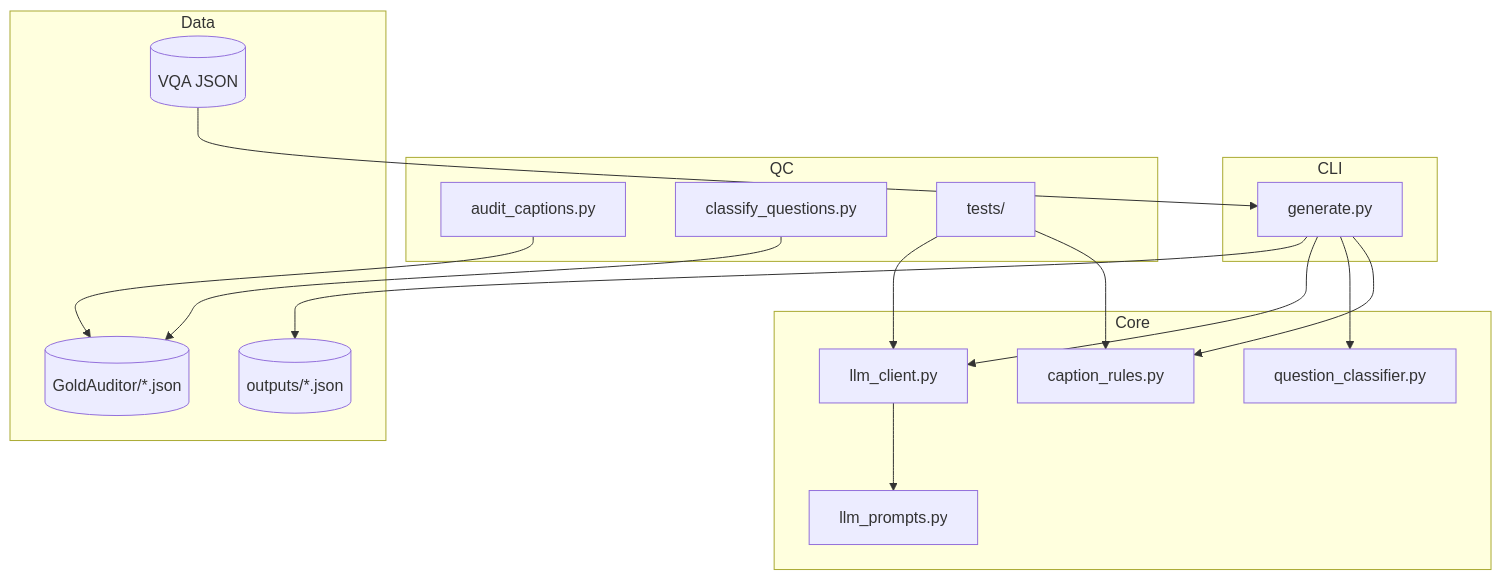
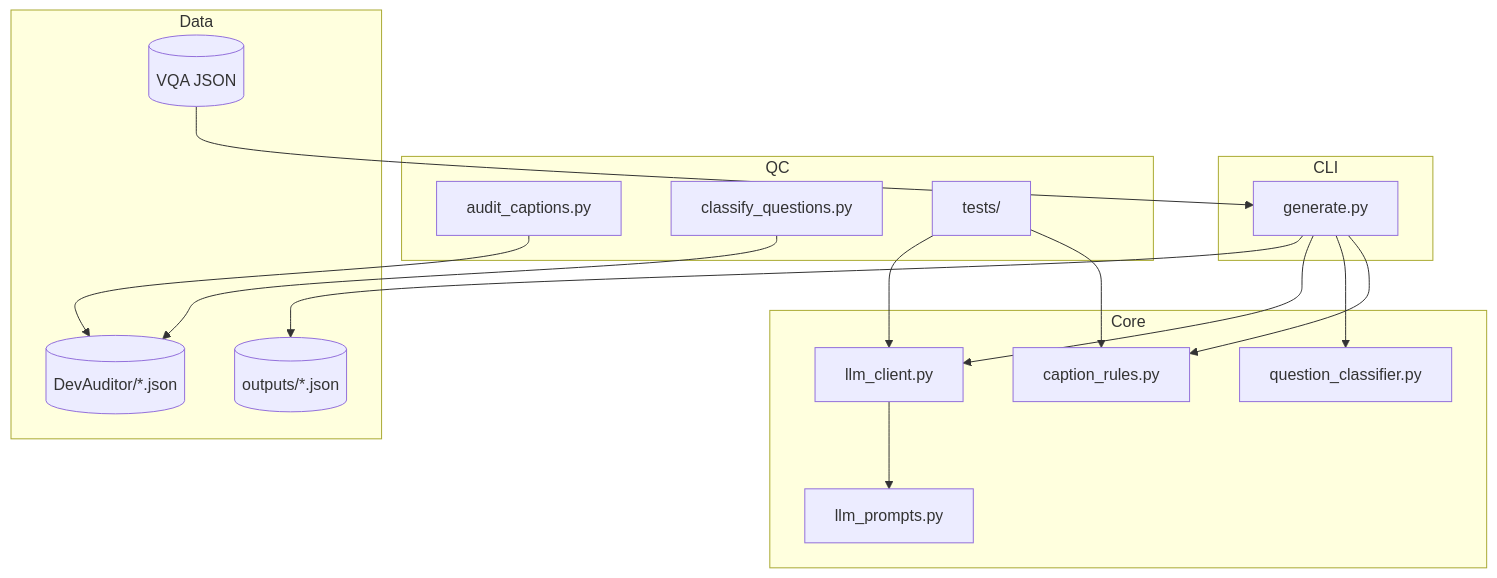
The second of 6 diagrams in QuestionDependentCaptionGenerator/architecture/architecture.en.md (MahdiRuzmeh/ImageCaptioningImprovedVisualQuestionAnswering), drawn with Mermaid before and after one commit. The commit also changed other lines of this file and 5 other files, not shown here.

Commit message:
chore: Change gold audit to dev audit.

````diff
--- a/QuestionDependentCaptionGenerator/architecture/architecture.en.md
+++ b/QuestionDependentCaptionGenerator/architecture/architecture.en.md
@@ -37,32 +37,32 @@
 ```mermaid
 flowchart TB
   subgraph cli [CLI]
     GEN[generate.py]
   end
   subgraph core [Core]
     RULES[caption_rules.py]
     PROMPT[llm_prompts.py]
     LLM[llm_client.py]
     CLS[question_classifier.py]
   end
   subgraph qc [QC]
     AUDIT[audit_captions.py]
-    CLFGOLD[classify_questions.py]
+    CLFAUD[classify_questions.py]
     TESTS[tests/]
   end
   subgraph data [Data]
     VQA[(VQA JSON)]
     OUT[(outputs/*.json)]
-    GOLD[(GoldAuditor/*.json)]
+    DEVAUD[(DevAuditor/*.json)]
   end
   VQA --> GEN
   GEN --> RULES
   GEN --> CLS
   GEN --> LLM
   LLM --> PROMPT
   GEN --> OUT
-  AUDIT --> GOLD
-  CLFGOLD --> GOLD
+  AUDIT --> DEVAUD
+  CLFAUD --> DEVAUD
   TESTS --> RULES
   TESTS --> LLM
 ```
````
